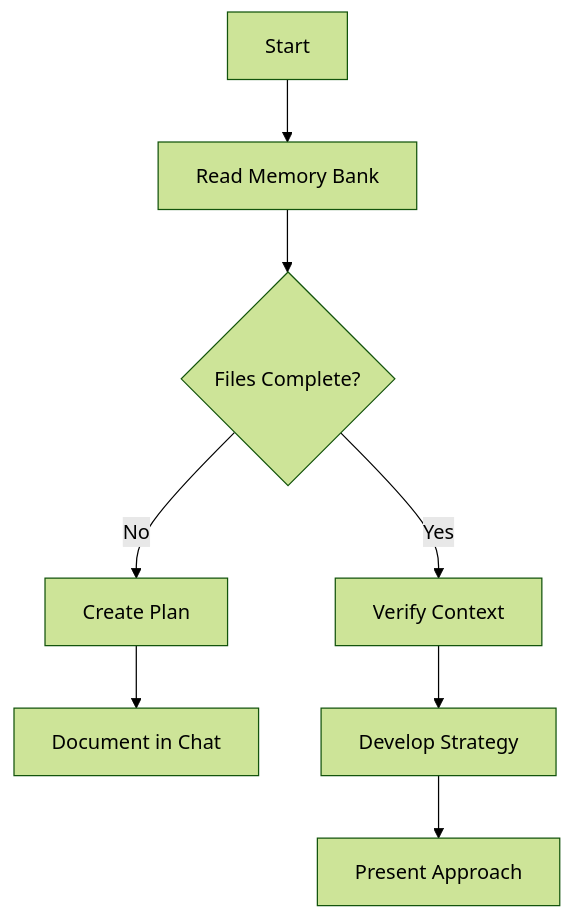
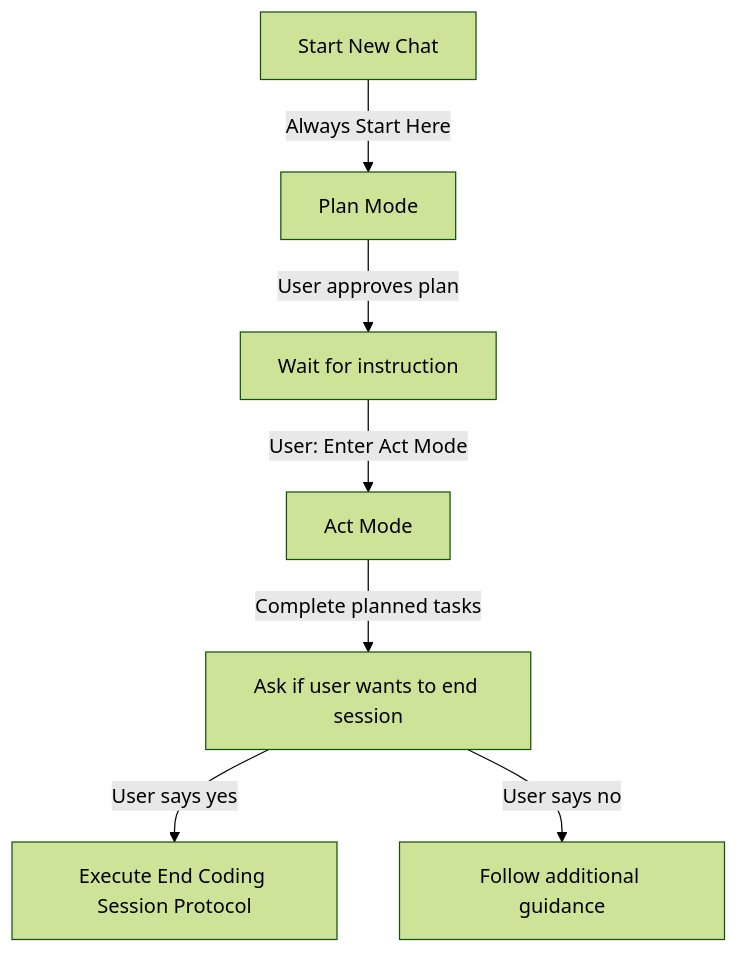
The second of 4 diagrams in docs/custom_instructions.md (AstroMined/debtonator), drawn with Mermaid (forest theme) before and after one commit. The commit also changed other lines of this file and 14 other files, not shown here.

````diff
--- a/docs/custom_instructions.md
+++ b/docs/custom_instructions.md
@@ -80,12 +50,9 @@
 ```mermaid
 flowchart TD
-    Start[Start] --> ReadFiles[Read Memory Bank]
-    ReadFiles --> CheckFiles{Files Complete?}
-    
-    CheckFiles -->|No| Plan[Create Plan]
-    Plan --> Document[Document in Chat]
-    
-    CheckFiles -->|Yes| Verify[Verify Context]
-    Verify --> Strategy[Develop Strategy]
-    Strategy --> Present[Present Approach]
+    Start[Start New Chat] -->|Always Start Here| Plan[Plan Mode]
+    Plan -->|User approves plan| Wait[Wait for instruction]
+    Wait -->|"User: Enter Act Mode"| Act[Act Mode]
+    Act -->|Complete planned tasks| Ask[Ask if user wants to end session]
+    Ask -->|User says yes| End[Execute End Coding Session Protocol]
+    Ask -->|User says no| Continue[Follow additional guidance]
 ```
````
